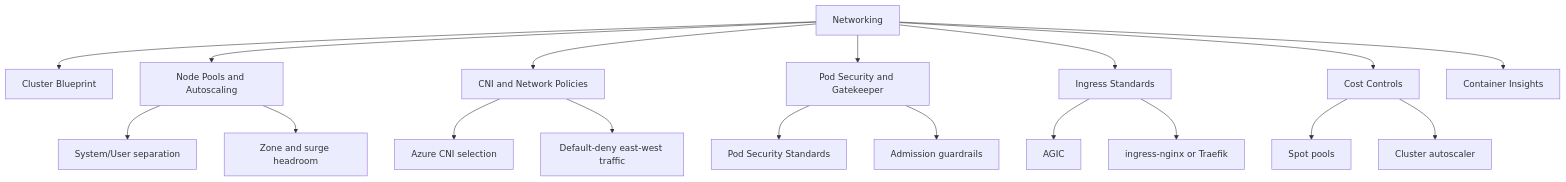
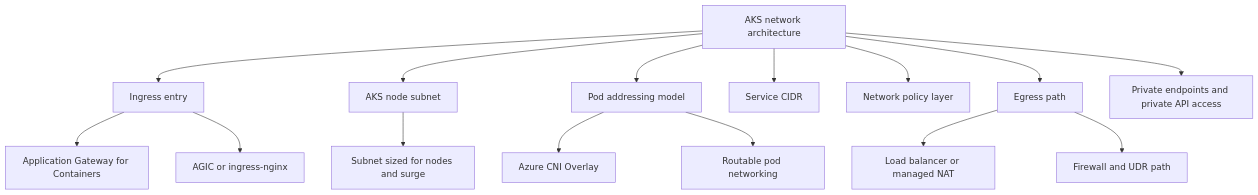
One commit to yeongseon/azure-kubernetes-service-practical-guide changed the diagram in docs/best-practices/networking.md. Above: the diagram before and after it, drawn with Mermaid. The commit also changed other lines of this file and 5 other files, not shown here.

````diff
--- a/docs/best-practices/networking.md
+++ b/docs/best-practices/networking.md
@@ -48,20 +41,17 @@
 ```mermaid
 flowchart TD
-    A[Networking] --> B[Cluster Blueprint]
-    A --> C[Node Pools and Autoscaling]
-    A --> D[CNI and Network Policies]
-    A --> E[Pod Security and Gatekeeper]
-    A --> F[Ingress Standards]
-    A --> G[Cost Controls]
-    A --> H[Container Insights]
-    C --> C1[System/User separation]
-    C --> C2[Zone and surge headroom]
-    D --> D1[Azure CNI selection]
-    D --> D2[Default-deny east-west traffic]
-    E --> E1[Pod Security Standards]
-    E --> E2[Admission guardrails]
-    F --> F1[AGIC]
-    F --> F2[ingress-nginx or Traefik]
-    G --> G1[Spot pools]
-    G --> G2[Cluster autoscaler]
+    A[AKS network architecture] --> B[Ingress entry]
+    A --> C[AKS node subnet]
+    A --> D[Pod addressing model]
+    A --> E[Service CIDR]
+    A --> F[Network policy layer]
+    A --> G[Egress path]
+    A --> H[Private endpoints and private API access]
+    B --> B1[Application Gateway for Containers]
+    B --> B2[AGIC or ingress-nginx]
+    C --> C1[Subnet sized for nodes and surge]
+    D --> D1[Azure CNI Overlay]
+    D --> D2[Routable pod networking]
+    G --> G1[Load balancer or managed NAT]
+    G --> G2[Firewall and UDR path]
 ```
````
